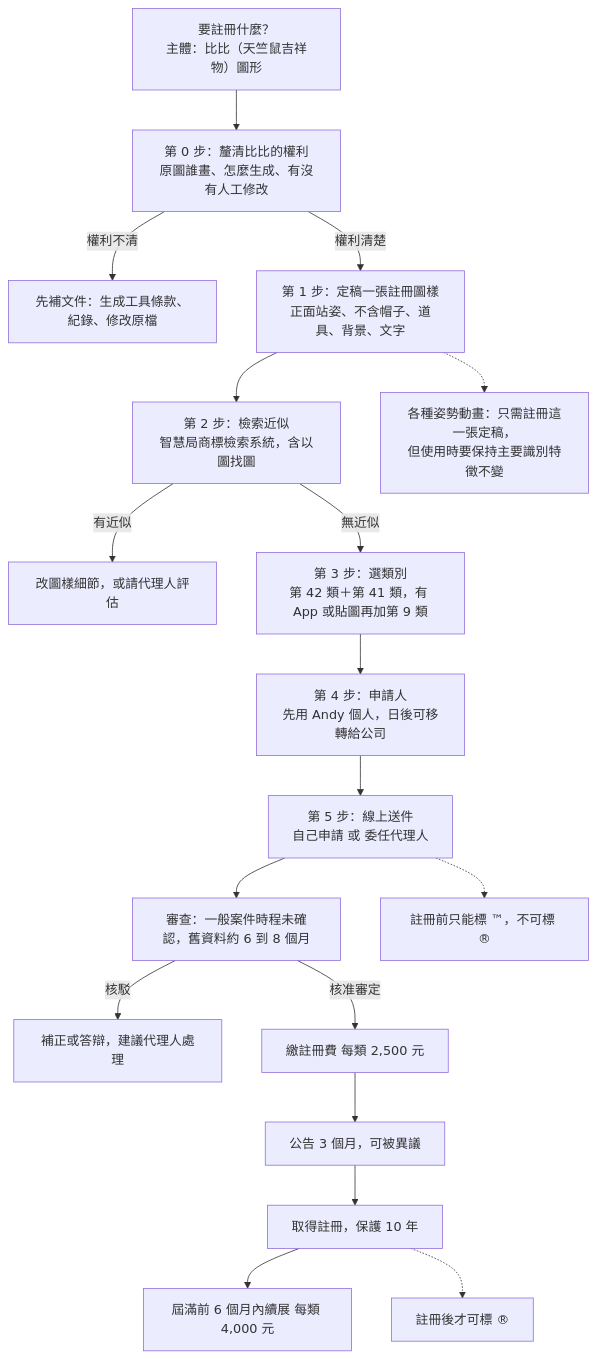
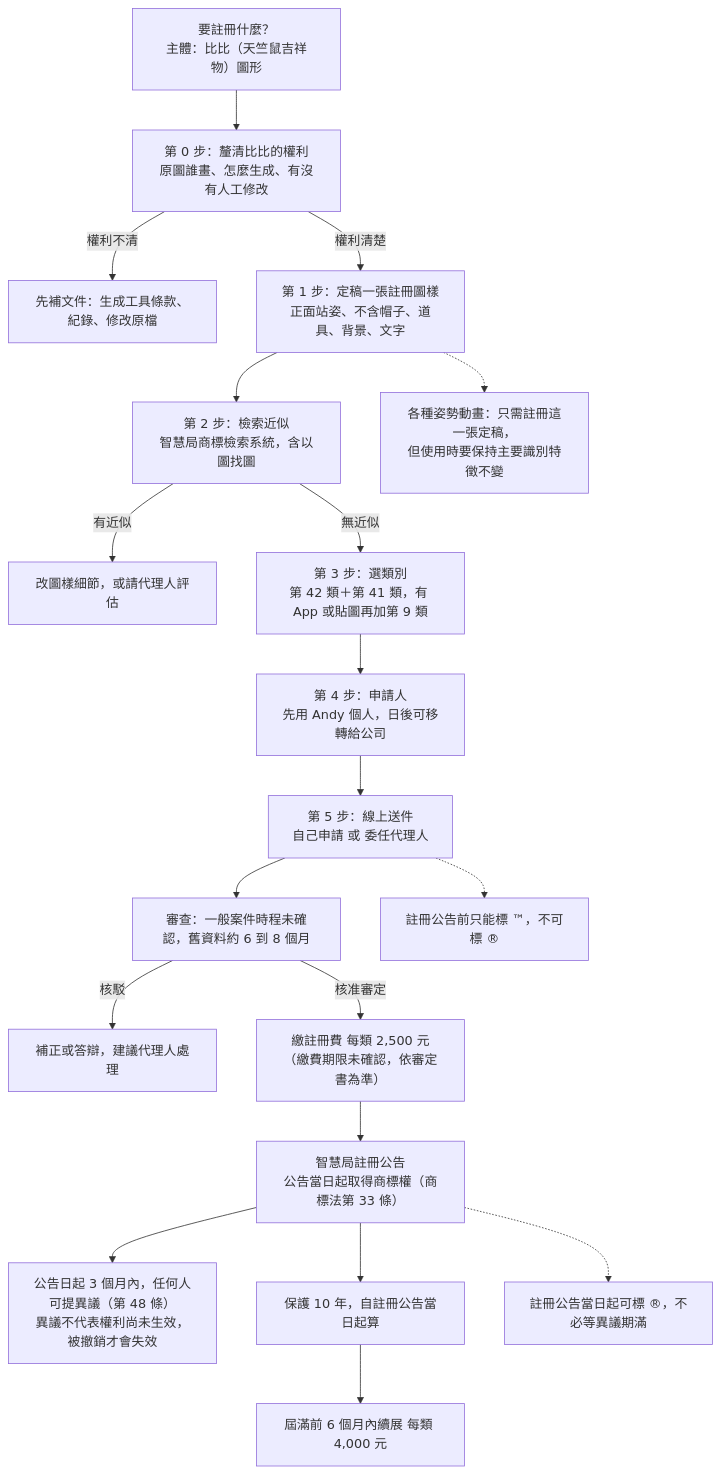
Before and after one commit to MiaoZiKe/tw-rotation: the first of 2 diagrams in docs/legal/trademark_registration.md, drawn with Mermaid. The commit also changed other lines of this file, not shown here.

````diff
--- a/docs/legal/trademark_registration.md
+++ b/docs/legal/trademark_registration.md
@@ -10,20 +10,21 @@
 ```mermaid
 flowchart TD
     A["要註冊什麼？<br/>主體：比比（天竺鼠吉祥物）圖形"] --> B["第 0 步：釐清比比的權利<br/>原圖誰畫、怎麼生成、有沒有人工修改"]
     B -->|"權利不清"| B1["先補文件：生成工具條款、紀錄、修改原檔"]
     B -->|"權利清楚"| C["第 1 步：定稿一張註冊圖樣<br/>正面站姿、不含帽子、道具、背景、文字"]
     C --> D["第 2 步：檢索近似<br/>智慧局商標檢索系統，含以圖找圖"]
     D -->|"有近似"| D1["改圖樣細節，或請代理人評估"]
     D -->|"無近似"| E["第 3 步：選類別<br/>第 42 類＋第 41 類，有 App 或貼圖再加第 9 類"]
     E --> F["第 4 步：申請人<br/>先用 Andy 個人，日後可移轉給公司"]
     F --> G["第 5 步：線上送件<br/>自己申請 或 委任代理人"]
     G --> H["審查：一般案件時程未確認，舊資料約 6 到 8 個月"]
     H -->|"核駁"| H1["補正或答辯，建議代理人處理"]
-    H -->|"核准審定"| I["繳註冊費 每類 2,500 元"]
-    I --> J["公告 3 個月，可被異議"]
-    J --> K["取得註冊，保護 10 年"]
+    H -->|"核准審定"| I["繳註冊費 每類 2,500 元<br/>（繳費期限未確認，依審定書為準）"]
+    I --> J["智慧局註冊公告<br/>公告當日起取得商標權（商標法第 33 條）"]
+    J --> J2["公告日起 3 個月內，任何人可提異議（第 48 條）<br/>異議不代表權利尚未生效，被撤銷才會失效"]
+    J --> K["保護 10 年，自註冊公告當日起算"]
     K --> L["屆滿前 6 個月內續展 每類 4,000 元"]
-    G -.-> P["註冊前只能標 ™，不可標 ®"]
-    K -.-> Q["註冊後才可標 ®"]
+    G -.-> P["註冊公告前只能標 ™，不可標 ®"]
+    J -.-> Q["註冊公告當日起可標 ®，不必等異議期滿"]
     C -.-> R["各種姿勢動畫：只需註冊這一張定稿，<br/>但使用時要保持主要識別特徵不變"]
 ```
````
